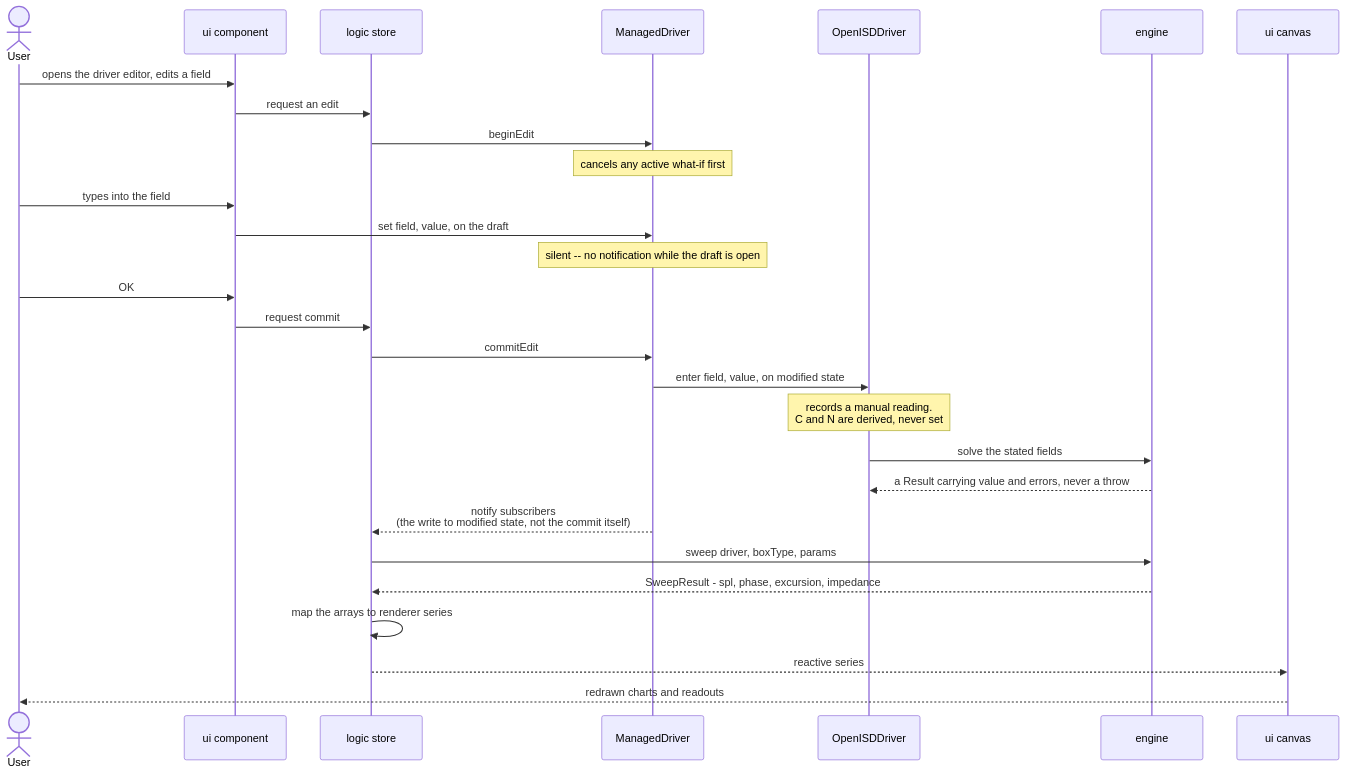
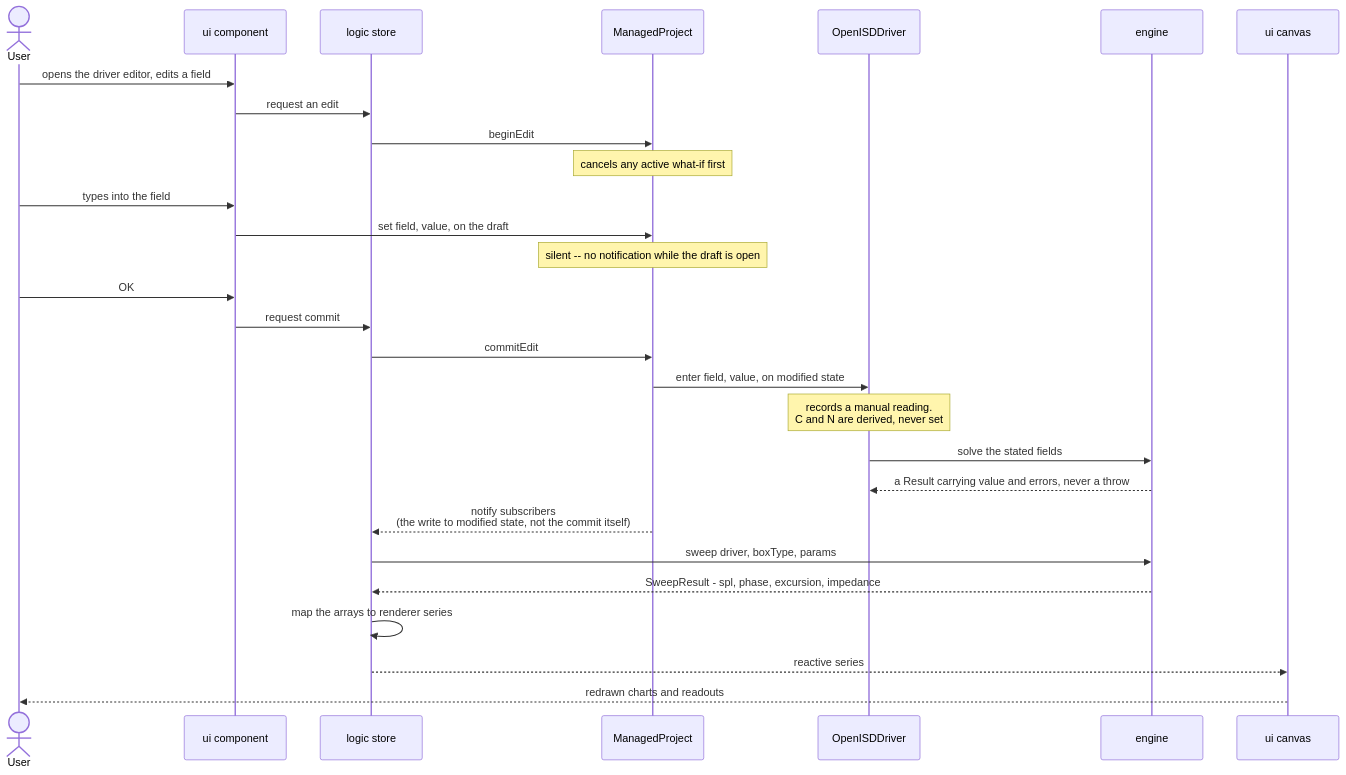
Before and after one commit to Johnlon/openisd: the fifth of 5 diagrams in ARCHITECTURE.md, drawn with Mermaid. The commit also changed other lines of this file, not shown here.

````diff
--- a/ARCHITECTURE.md
+++ b/ARCHITECTURE.md
@@ -827,31 +828,31 @@
 ```mermaid
 sequenceDiagram
     actor User
     participant UI as ui component
     participant Store as logic store
-    participant Managed as ManagedDriver
+    participant Managed as ManagedProject
     participant Driver as OpenISDDriver
     participant Engine as engine
     participant Canvas as ui canvas
 
     User->>UI: opens the driver editor, edits a field
     UI->>Store: request an edit
     Store->>Managed: beginEdit
     Note over Managed: cancels any active what-if first
     User->>UI: types into the field
     UI->>Managed: set field, value, on the draft
     Note over Managed: silent -- no notification while the draft is open
     User->>UI: OK
     UI->>Store: request commit
     Store->>Managed: commitEdit
     Managed->>Driver: enter field, value, on modified state
     Note over Driver: records a manual reading.<br/>C and N are derived, never set
     Driver->>Engine: solve the stated fields
     Engine-->>Driver: a Result carrying value and errors, never a throw
     Managed-->>Store: notify subscribers<br/>(the write to modified state, not the commit itself)
     Store->>Engine: sweep driver, boxType, params
     Engine-->>Store: SweepResult - spl, phase, excursion, impedance
     Store->>Store: map the arrays to renderer series
     Store-->>Canvas: reactive series
     Canvas-->>User: redrawn charts and readouts
 ```
````
